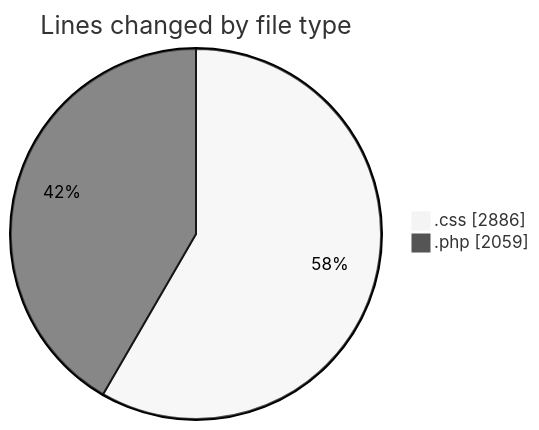
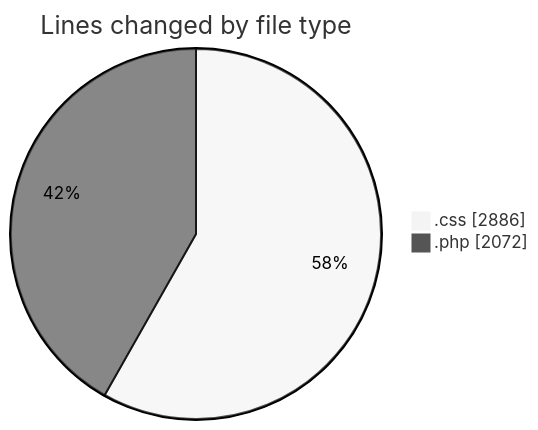
Before and after one commit to debugP/code-tracking: the first of 2 diagrams in 2026-03-17/plugins__workspace_/README.md, drawn with Mermaid (neutral theme). The commit also changed other lines of this file and 1 other file, not shown here.

````diff
--- a/2026-03-17/plugins__workspace_/README.md
+++ b/2026-03-17/plugins__workspace_/README.md
@@ -21,6 +21,6 @@
 ```mermaid
 pie showData
 title Lines changed by file type
 ".css" : 2886
-".php" : 2059
+".php" : 2072
 ```
````
